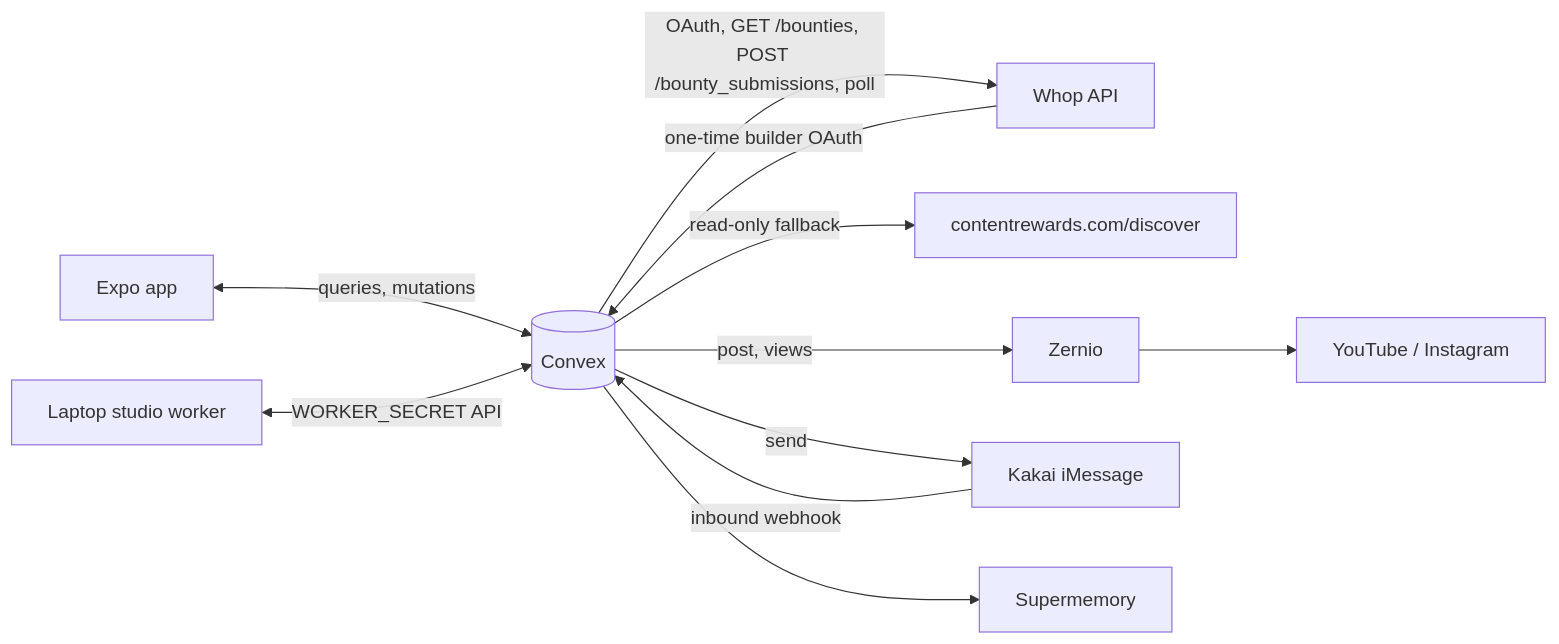
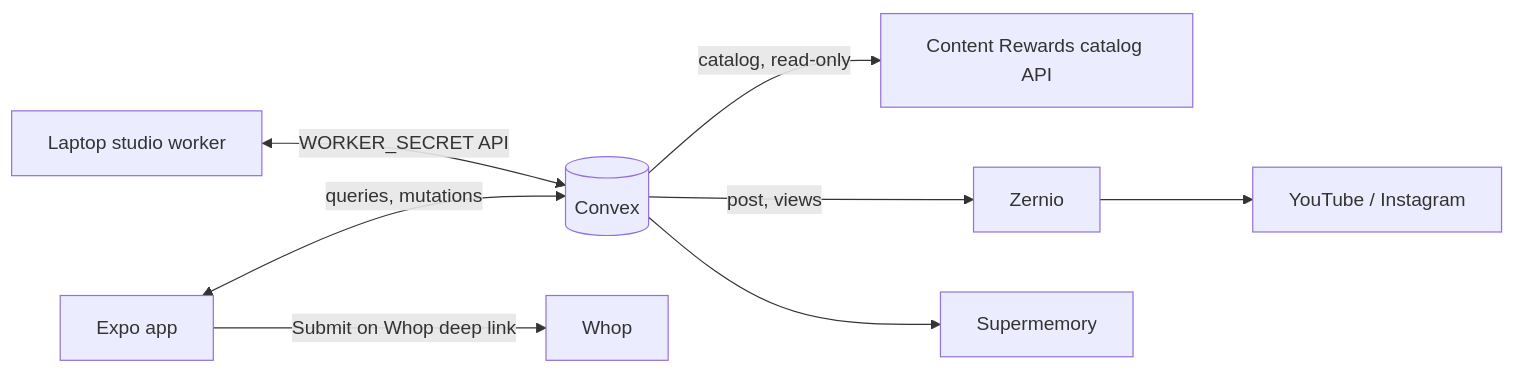
The diagram in BUILD_PLAN.md (krishhgg/outpost-capy-yc), drawn with Mermaid before and after one commit. The commit also changed other lines of this file and 11 other files, not shown here.

````diff
--- a/BUILD_PLAN.md
+++ b/BUILD_PLAN.md
@@ -104,12 +109,9 @@
 ```mermaid
 flowchart LR
   App[Expo app] <-->|queries, mutations| Convex[(Convex)]
   Studio[Laptop studio worker] <-->|WORKER_SECRET API| Convex
-  Convex -->|OAuth, GET /bounties, POST /bounty_submissions, poll| Whop[Whop API]
-  Convex -->|read-only fallback| CR[contentrewards.com/discover]
+  Convex -->|catalog, read-only| CR[Content Rewards catalog API]
+  App -->|Submit on Whop deep link| Whop[Whop]
   Convex -->|post, views| Zernio --> YT[YouTube / Instagram]
-  Convex -->|send| Kakai[Kakai iMessage]
-  Kakai -->|inbound webhook| Convex
-  Whop -->|one-time builder OAuth| Convex
   Convex --> SM[Supermemory]
 ```
````
